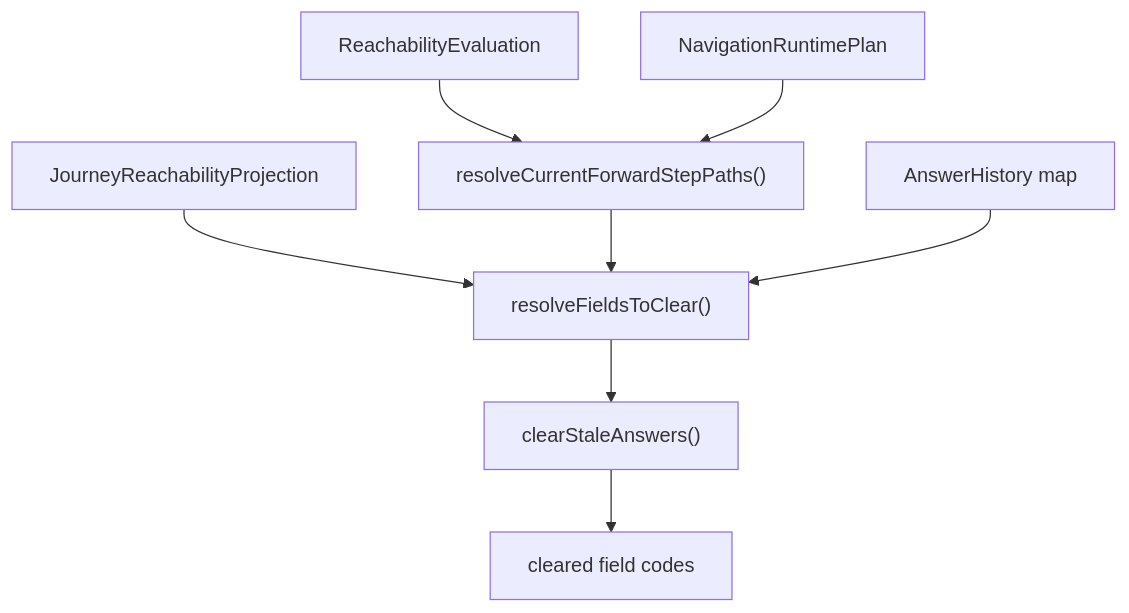
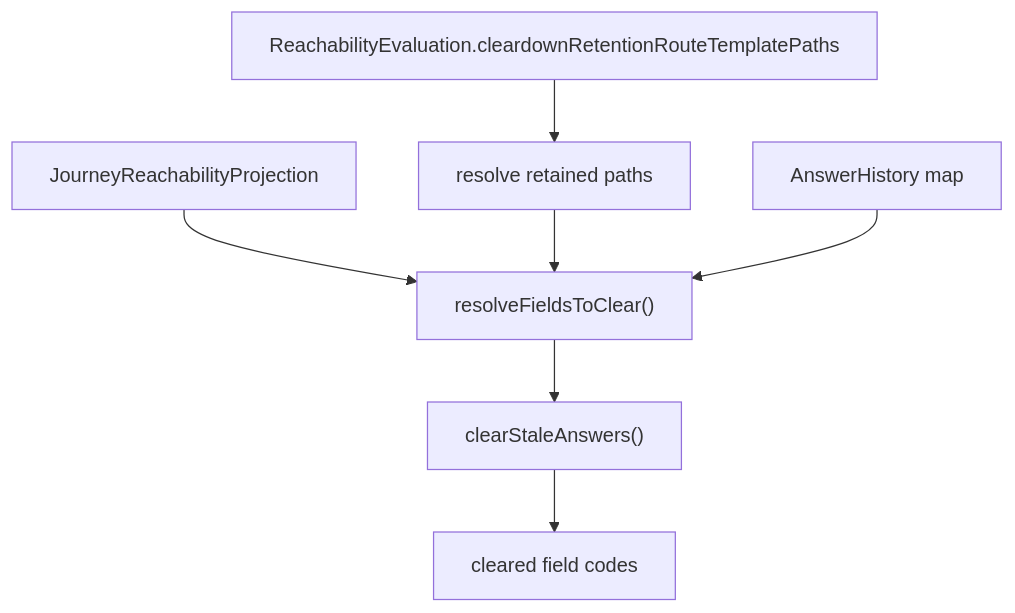
Before and after one commit to ministryofjustice/hmpps-forge: the diagram in packages/forge-core/src/engine/runtime/evaluation/phases/answer-cleardown/README.md, drawn with Mermaid. The commit also changed other lines of this file and 23 other files, not shown here.

Commit message:
Replace `NavigationRuntimePlan` carrier with a pure `ReachabilityStateTable`

````diff
--- a/packages/forge-core/src/engine/runtime/evaluation/phases/answer-cleardown/README.md
+++ b/packages/forge-core/src/engine/runtime/evaluation/phases/answer-cleardown/README.md
@@ -79,10 +78,9 @@
 ```mermaid
 flowchart TD
   reachability["JourneyReachabilityProjection"] --> fields["resolveFieldsToClear()"]
-  evaluation["ReachabilityEvaluation"] --> retained["resolveCurrentForwardStepPaths()"]
-  navigationPlan["NavigationRuntimePlan"] --> retained
+  evaluation["ReachabilityEvaluation.cleardownRetentionRouteTemplatePaths"] --> retained["resolve retained paths"]
   retained --> fields
   answers["AnswerHistory map"] --> fields
   fields --> clear["clearStaleAnswers()"]
   clear --> result["cleared field codes"]
 ```
````
